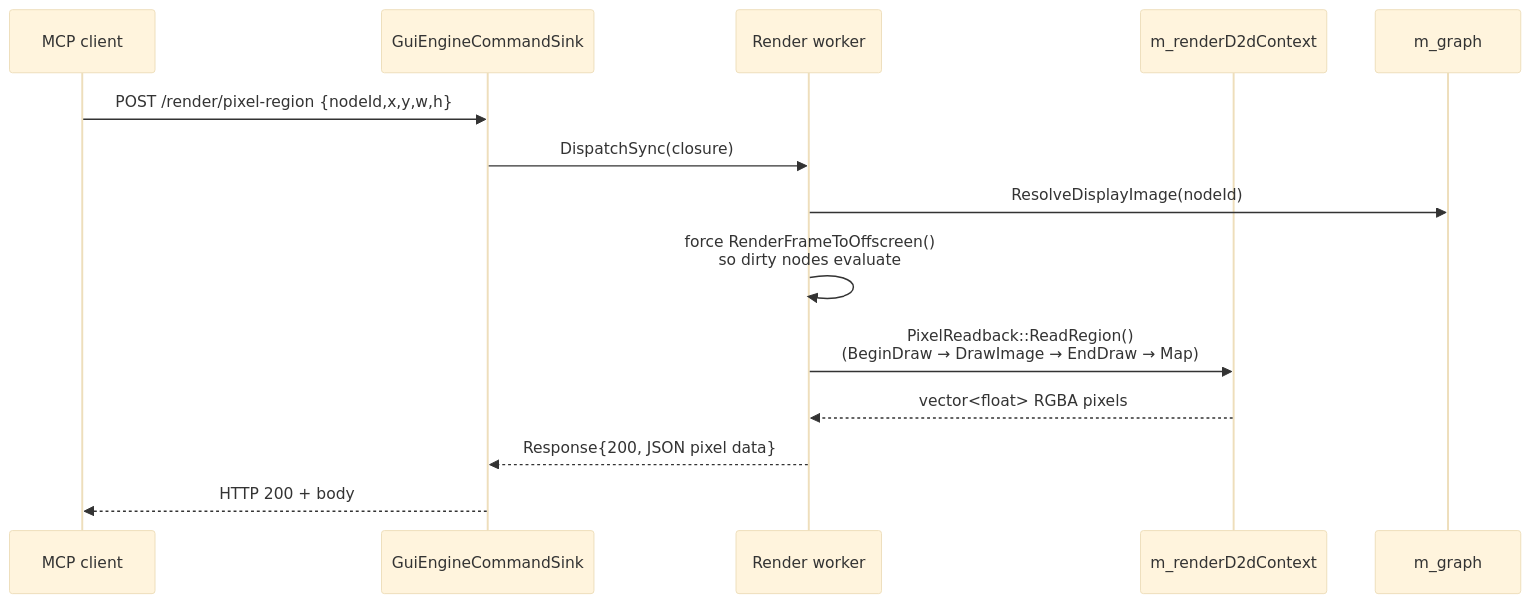
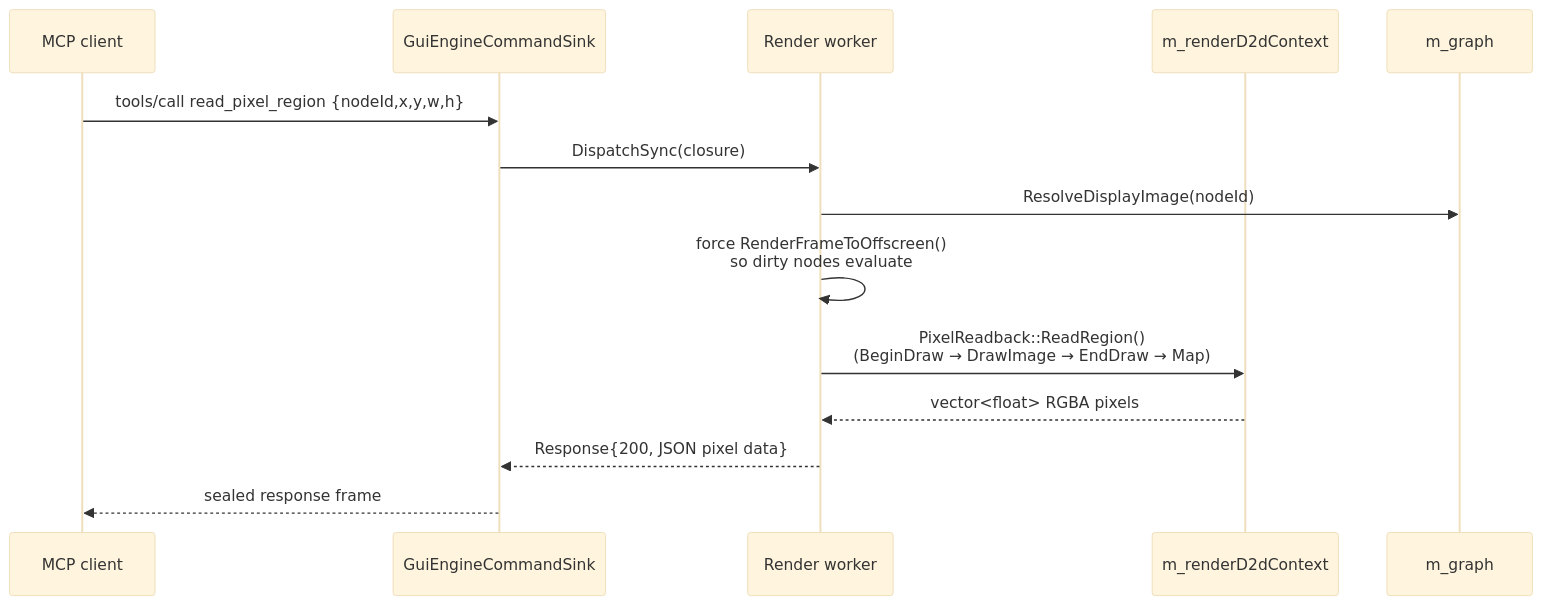
Before and after one commit to Spruill-1/ShaderLab: the fourth of 7 diagrams in docs/architecture/threading-model.md, drawn with Mermaid (base theme). The commit also changed other lines of this file and 34 other files, not shown here.

````diff
--- a/docs/architecture/threading-model.md
+++ b/docs/architecture/threading-model.md
@@ -152,17 +155,17 @@
 ```mermaid
 sequenceDiagram
     participant Net as MCP client
     participant Sink as GuiEngineCommandSink
     participant W as Render worker
     participant DC as m_renderD2dContext
     participant Graph as m_graph
 
-    Net->>Sink: POST /render/pixel-region {nodeId,x,y,w,h}
+    Net->>Sink: tools/call read_pixel_region {nodeId,x,y,w,h}
     Sink->>W: DispatchSync(closure)
     W->>Graph: ResolveDisplayImage(nodeId)
     W->>W: force RenderFrameToOffscreen()<br/>so dirty nodes evaluate
     W->>DC: PixelReadback::ReadRegion()<br/>(BeginDraw → DrawImage → EndDraw → Map)
     DC-->>W: vector<float> RGBA pixels
     W-->>Sink: Response{200, JSON pixel data}
-    Sink-->>Net: HTTP 200 + body
+    Sink-->>Net: sealed response frame
 ```
````
